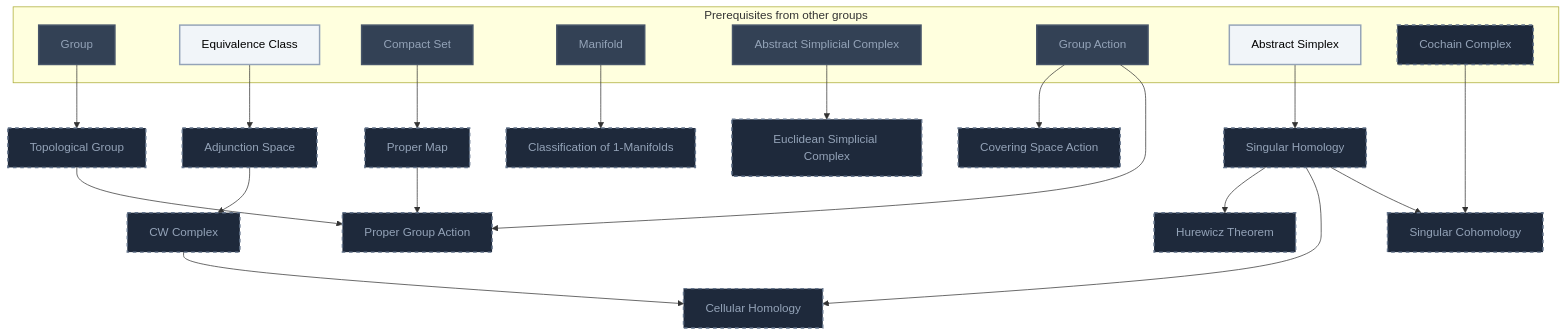
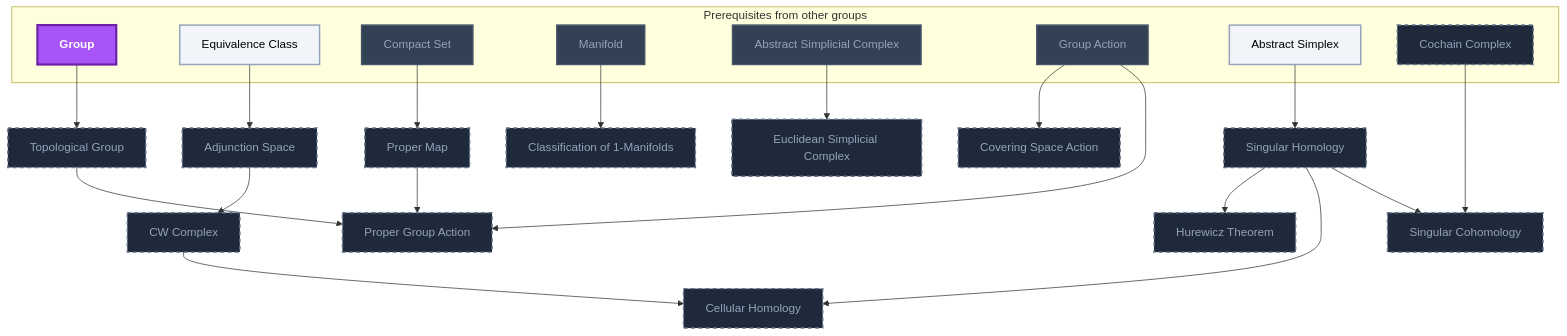
Before and after one commit to MRauf1/My-Notes: diagram 19 of 21 in Gamification/Skill Trees/Differential Geometry.md, drawn with Mermaid. The commit also changed other lines of this file and 57 other files, not shown here.

````diff
--- a/Gamification/Skill Trees/Differential Geometry.md
+++ b/Gamification/Skill Trees/Differential Geometry.md
@@ -1236,54 +1242,55 @@
 ```mermaid
 flowchart TD
     classDef planned fill:#1E293B,stroke:#64748B,stroke-width:2px,stroke-dasharray:5 5,color:#94A3B8;
     classDef locked fill:#334155,stroke:#475569,stroke-width:2px,color:#94A3B8;
     classDef L0 fill:#F1F5F9,stroke:#94A3B8,stroke-width:2px,color:#000000;
     classDef L1 fill:#22C55E,stroke:#15803D,stroke-width:2px,color:#000000;
     classDef L2 fill:#3B82F6,stroke:#1D4ED8,stroke-width:3px,color:#FFFFFF;
     classDef L3 fill:#A855F7,stroke:#6B21A8,stroke-width:3px,color:#FFFFFF,font-weight:bold;
     classDef L4 fill:#F97316,stroke:#C2410C,stroke-width:4px,color:#000000,font-weight:bold;
     classDef L5 fill:#FFD700,stroke:#FF8C00,stroke-width:5px,color:#000000,font-weight:bold;
     classDef rusty stroke:#8B4513,stroke-width:4px,stroke-dasharray:3 3;
     subgraph sg_prereqs["Prerequisites from other groups"]
         n_group["Group"]
         n_equivalence_class["Equivalence Class"]
         n_compact_set["Compact Set"]
         n_manifold["Manifold"]
         n_abstract_simplicial_complex["Abstract Simplicial Complex"]
         n_group_action["Group Action"]
         n_abstract_simplex["Abstract Simplex"]
         n_cochain_complex["Cochain Complex"]
     end
     n_adjunction_space["Adjunction Space"]
     n_topological_group["Topological Group"]
     n_proper_map["Proper Map"]
     n_cw_complex["CW Complex"]
     n_classification_of_1_manifolds["Classification of 1-Manifolds"]
     n_euclidean_simplicial_complex["Euclidean Simplicial Complex"]
     n_covering_space_action["Covering Space Action"]
     n_proper_group_action["Proper Group Action"]
     n_singular_homology["Singular Homology"]
     n_hurewicz_theorem["Hurewicz Theorem"]
     n_cellular_homology["Cellular Homology"]
     n_singular_cohomology["Singular Cohomology"]
     n_group --> n_topological_group
     n_equivalence_class --> n_adjunction_space
     n_compact_set --> n_proper_map
     n_adjunction_space --> n_cw_complex
     n_manifold --> n_classification_of_1_manifolds
     n_abstract_simplicial_complex --> n_euclidean_simplicial_complex
     n_group_action --> n_covering_space_action
     n_group_action --> n_proper_group_action
     n_proper_map --> n_proper_group_action
     n_topological_group --> n_proper_group_action
     n_abstract_simplex --> n_singular_homology
     n_singular_homology --> n_hurewicz_theorem
     n_singular_homology --> n_cellular_homology
     n_cw_complex --> n_cellular_homology
     n_singular_homology --> n_singular_cohomology
     n_cochain_complex --> n_singular_cohomology
     class n_cochain_complex,n_adjunction_space,n_topological_group,n_proper_map,n_cw_complex,n_classification_of_1_manifolds,n_euclidean_simplicial_complex,n_covering_space_action,n_proper_group_action,n_singular_homology,n_hurewicz_theorem,n_cellular_homology,n_singular_cohomology planned;
-    class n_group,n_compact_set,n_manifold,n_abstract_simplicial_complex,n_group_action locked;
+    class n_compact_set,n_manifold,n_abstract_simplicial_complex,n_group_action locked;
     class n_equivalence_class,n_abstract_simplex L0;
+    class n_group L3;
     class n_group,n_equivalence_class,n_compact_set,n_manifold,n_abstract_simplicial_complex,n_group_action,n_abstract_simplex internal-link;
 ```
````
